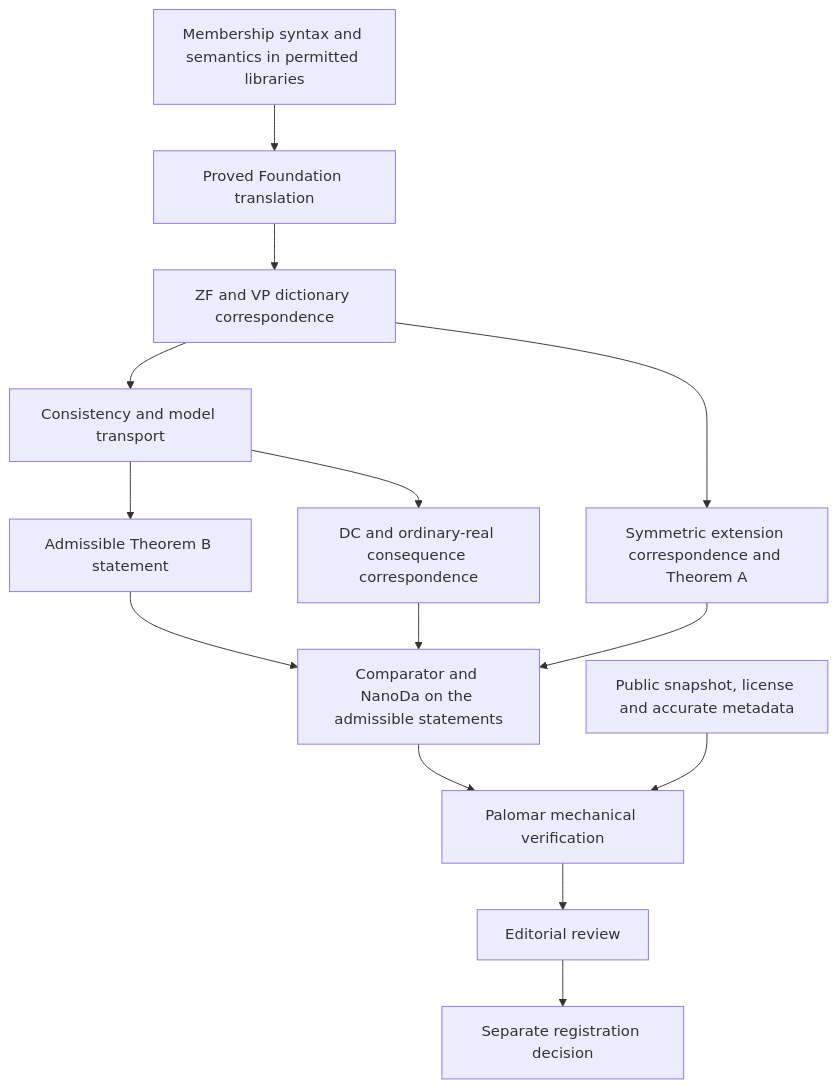
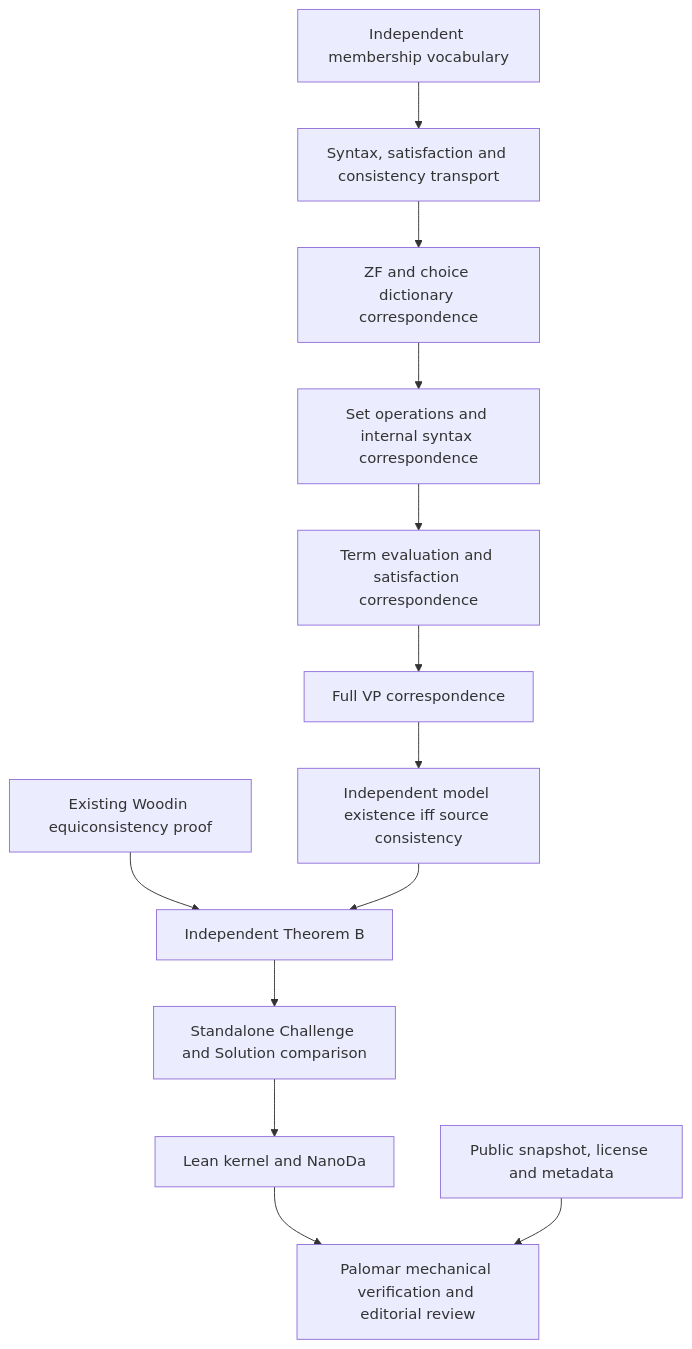
Before and after one commit to Tomodovodoo/vopenka-without-choice: the diagram in docs/palomar.md, drawn with Mermaid. The commit also changed other lines of this file and 26 other files, not shown here.

Commit message:
Prove a standalone Palomar statement bridge for Theorem B

````diff
--- a/docs/palomar.md
+++ b/docs/palomar.md
@@ -38,16 +20,15 @@
 ```mermaid
 graph TD
-  S[Membership syntax and semantics in permitted libraries] --> T[Proved Foundation translation]
-  T --> D[ZF and VP dictionary correspondence]
-  D --> C[Consistency and model transport]
-  C --> B[Admissible Theorem B statement]
-  D --> A[Symmetric extension correspondence and Theorem A]
-  C --> R[DC and ordinary-real consequence correspondence]
-  B --> K[Comparator and NanoDa on the admissible statements]
-  A --> K
-  R --> K
-  K --> P[Palomar mechanical verification]
-  M[Public snapshot, license and accurate metadata] --> P
-  P --> E[Editorial review]
-  E --> G[Separate registration decision]
+  V[Independent membership vocabulary] --> F[Syntax, satisfaction and consistency transport]
+  F --> Z[ZF and choice dictionary correspondence]
+  Z --> O[Set operations and internal syntax correspondence]
+  O --> E[Term evaluation and satisfaction correspondence]
+  E --> P[Full VP correspondence]
+  P --> M[Independent model existence iff source consistency]
+  W[Existing Woodin equiconsistency proof] --> B[Independent Theorem B]
+  M --> B
+  B --> C[Standalone Challenge and Solution comparison]
+  C --> N[Lean kernel and NanoDa]
+  N --> R[Palomar mechanical verification and editorial review]
+  L[Public snapshot, license and metadata] --> R
 ```
````
